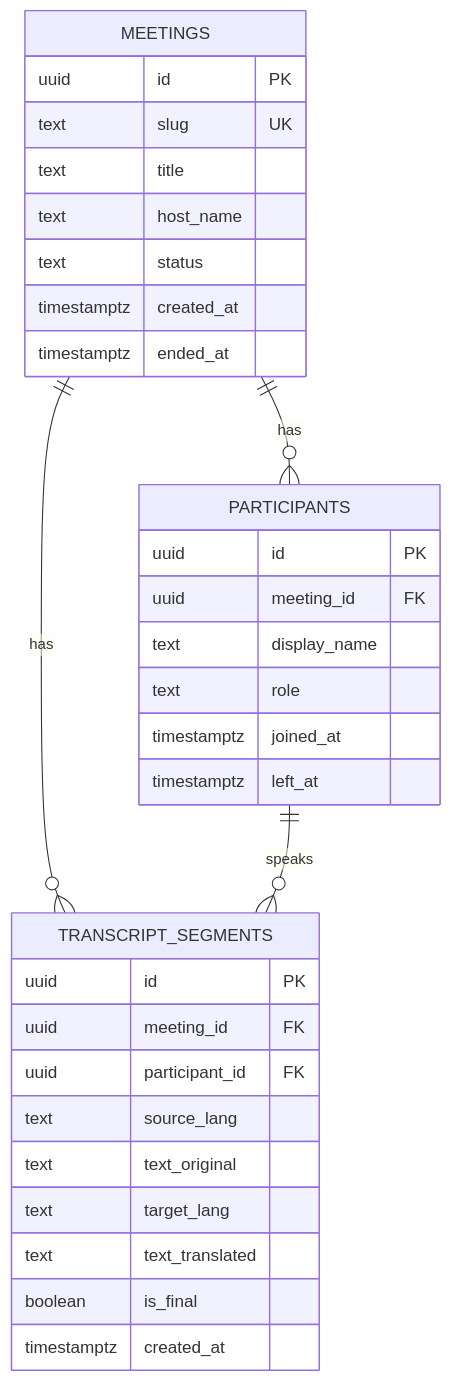
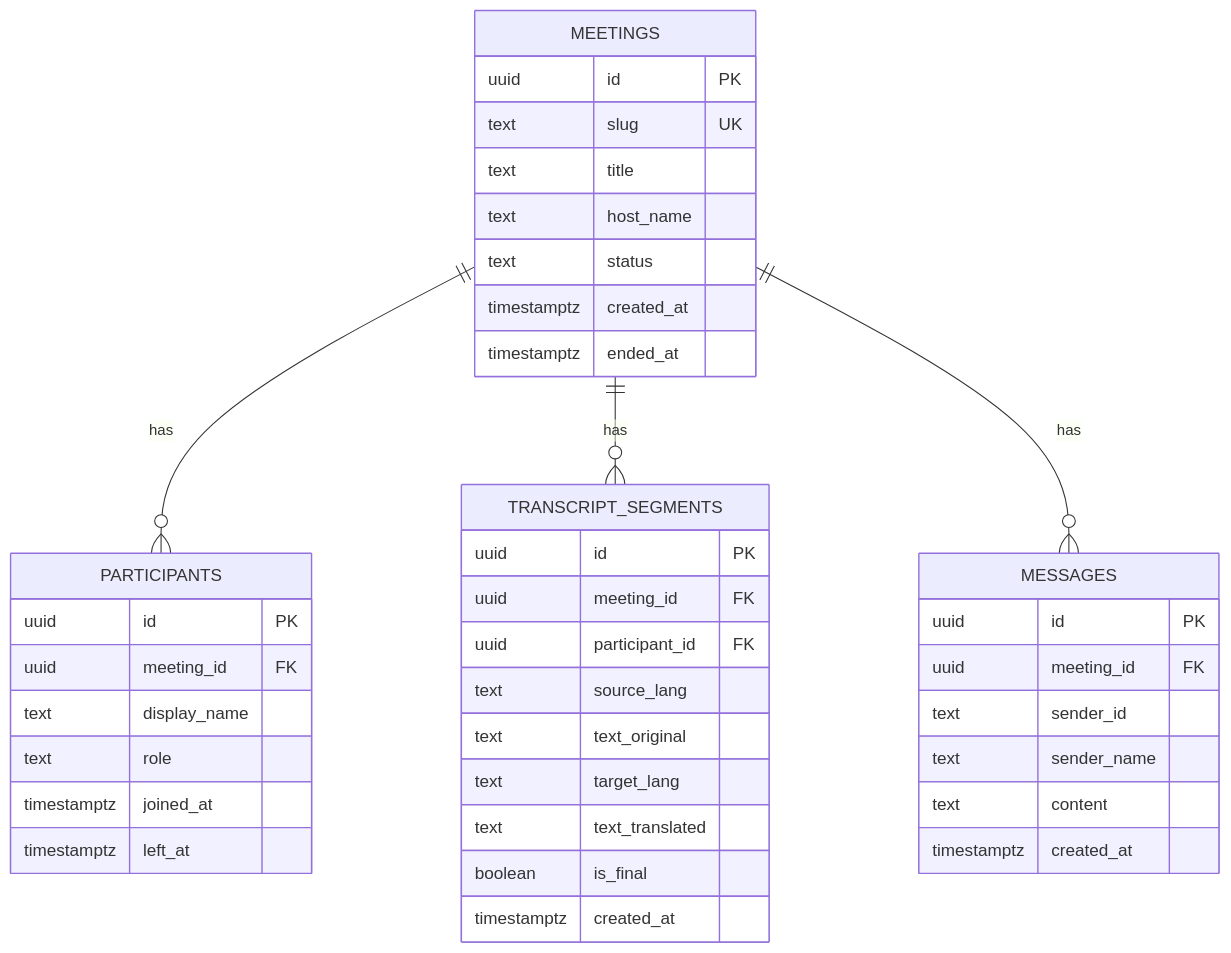
Before and after one commit to abdullahmiraz/live-transcriber: the diagram in docs/database-design.md, drawn with Mermaid. The commit also changed other lines of this file and 12 other files, not shown here.

````diff
--- a/docs/database-design.md
+++ b/docs/database-design.md
@@ -14,35 +14,43 @@
 ```mermaid
 erDiagram
     MEETINGS ||--o{ PARTICIPANTS : has
     MEETINGS ||--o{ TRANSCRIPT_SEGMENTS : has
-    PARTICIPANTS ||--o{ TRANSCRIPT_SEGMENTS : speaks
+    MEETINGS ||--o{ MESSAGES : has
 
     MEETINGS {
         uuid id PK
         text slug UK
         text title
         text host_name
         text status
         timestamptz created_at
         timestamptz ended_at
+    }
+    MESSAGES {
+        uuid id PK
+        uuid meeting_id FK
+        text sender_id
+        text sender_name
+        text content
+        timestamptz created_at
     }
     PARTICIPANTS {
         uuid id PK
         uuid meeting_id FK
         text display_name
         text role
         timestamptz joined_at
         timestamptz left_at
     }
     TRANSCRIPT_SEGMENTS {
         uuid id PK
         uuid meeting_id FK
         uuid participant_id FK
         text source_lang
         text text_original
         text target_lang
         text text_translated
         boolean is_final
         timestamptz created_at
     }
 ```
````
